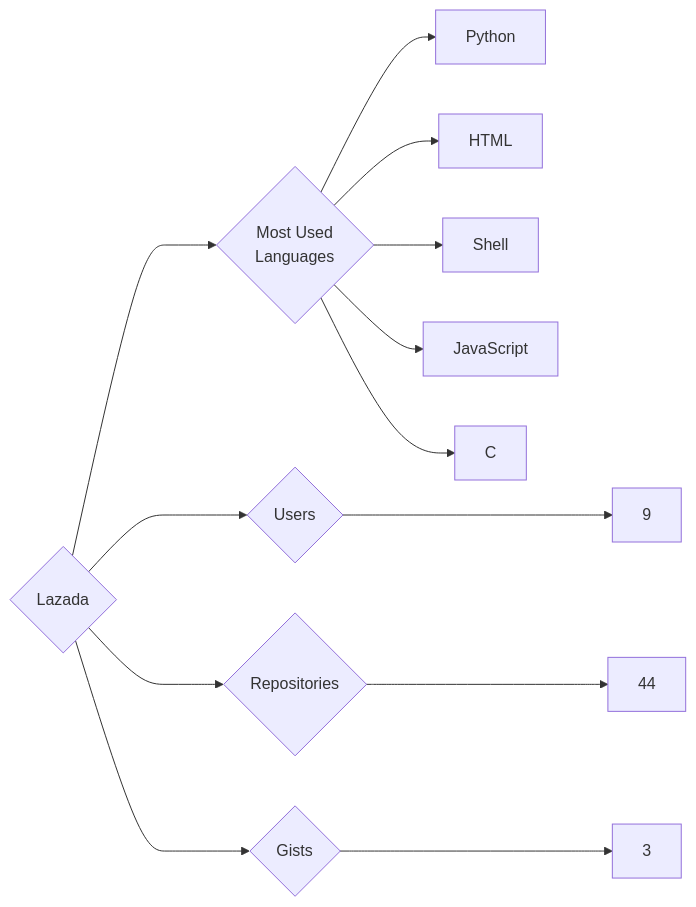
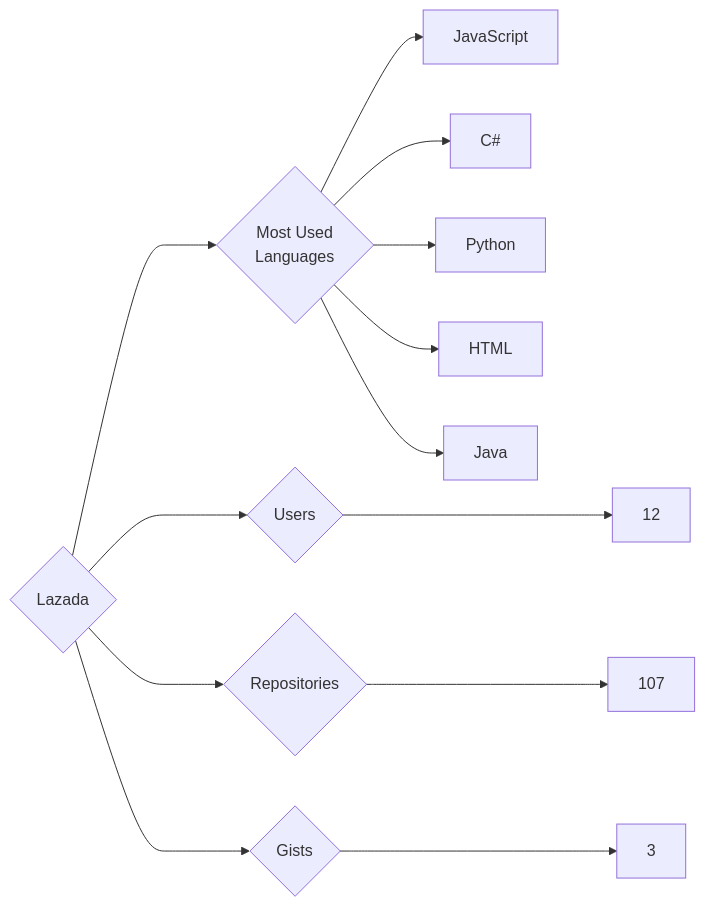
One commit to trickest/insiders changed the diagram in targets/Lazada/README.md. Above: the diagram before and after it, drawn with Mermaid. The commit also changed 870 other files, not shown here.

````diff
--- a/targets/Lazada/README.md
+++ b/targets/Lazada/README.md
@@ -3,13 +3,13 @@
 ```mermaid
 graph LR
 COMPANY_NAME{Lazada}
-COMPANY_NAME ---> U{Users} ---> UN[9]
-COMPANY_NAME ---> R{Repositories} ---> RN[44]
+COMPANY_NAME ---> U{Users} ---> UN[12]
+COMPANY_NAME ---> R{Repositories} ---> RN[107]
 COMPANY_NAME ---> G{Gists} ---> GN[3]
 COMPANY_NAME ---> ML{Most Used<br>Languages}
+ML --> JavaScript[JavaScript]
+ML --> C#[C#]
 ML --> Python[Python]
 ML --> HTML[HTML]
-ML --> Shell[Shell]
-ML --> JavaScript[JavaScript]
-ML --> C[C]
+ML --> Java[Java]
 ```
````
